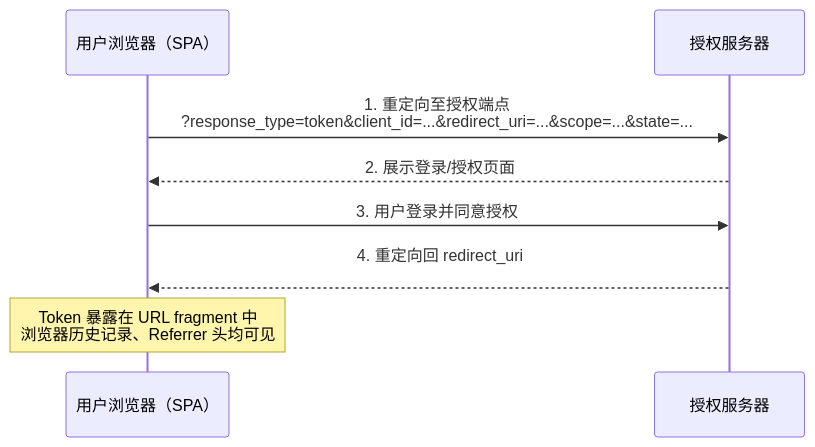
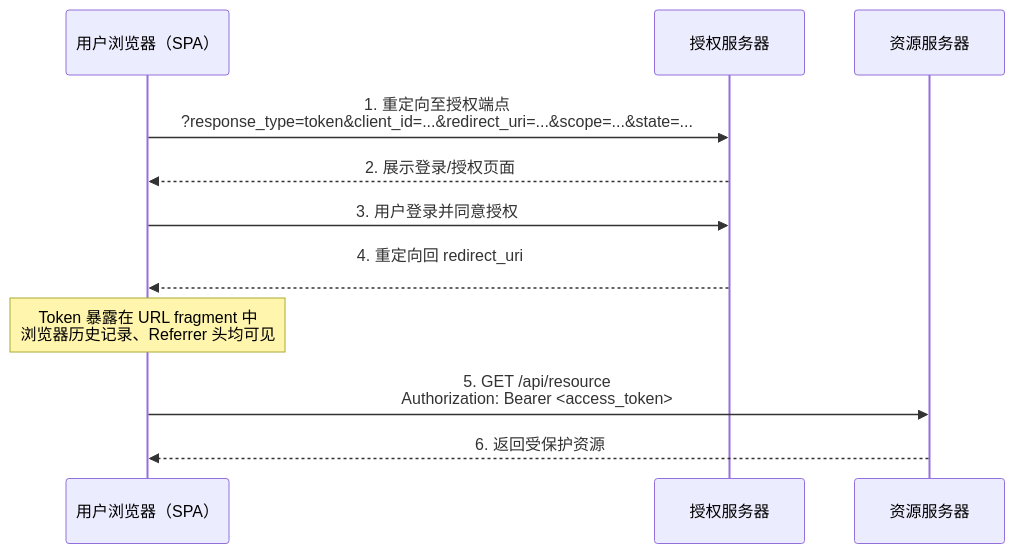
The fourth of 6 diagrams in docs/topic/oauth/grant-types/index.md (luguosong/programming-notes), drawn with Mermaid before and after one commit. The commit also changed other lines of this file, not shown here.

First line of the commit message:
docs(oauth): 为所有授权类型时序图补充资源服务器参与者

````diff
--- a/docs/topic/oauth/grant-types/index.md
+++ b/docs/topic/oauth/grant-types/index.md
@@ -83,11 +90,14 @@
 ``` mermaid
 sequenceDiagram
     participant 用户浏览器（SPA）
     participant 授权服务器
+    participant 资源服务器
 
     用户浏览器（SPA）->>授权服务器: 1. 重定向至授权端点<br/>?response_type=token&client_id=...&redirect_uri=...&scope=...&state=...
     授权服务器-->>用户浏览器（SPA）: 2. 展示登录/授权页面
     用户浏览器（SPA）->>授权服务器: 3. 用户登录并同意授权
     授权服务器-->>用户浏览器（SPA）: 4. 重定向回 redirect_uri<br/>#access_token=...&token_type=Bearer&expires_in=3600&state=...
     Note over 用户浏览器（SPA）: Token 暴露在 URL fragment 中<br/>浏览器历史记录、Referrer 头均可见
+    用户浏览器（SPA）->>资源服务器: 5. GET /api/resource<br/>Authorization: Bearer <access_token>
+    资源服务器-->>用户浏览器（SPA）: 6. 返回受保护资源
 ```
````
